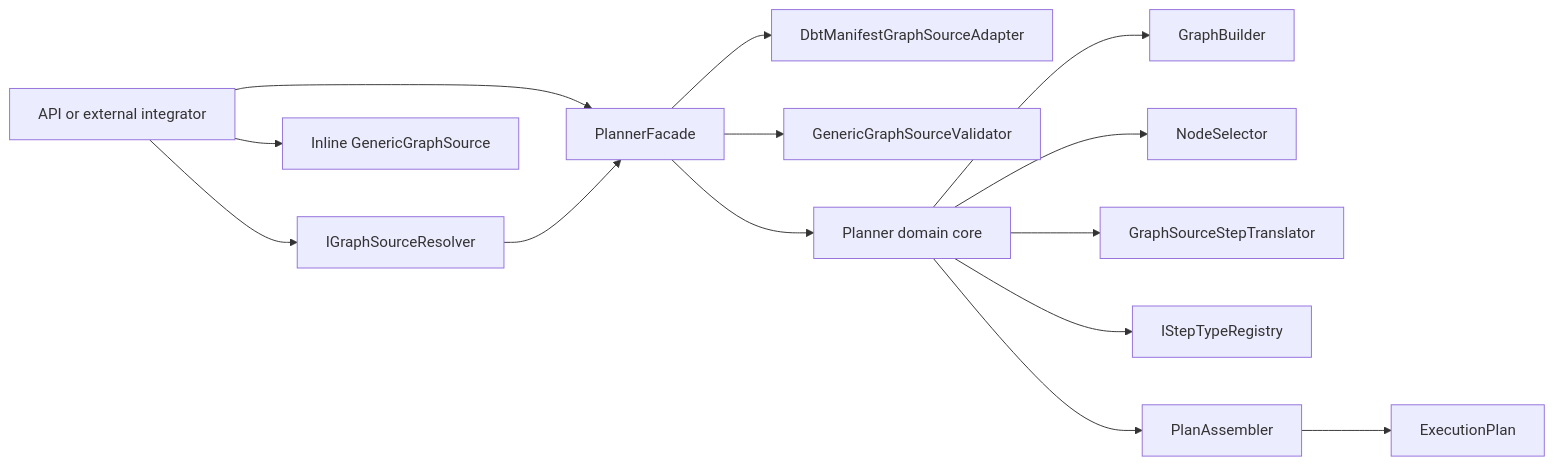
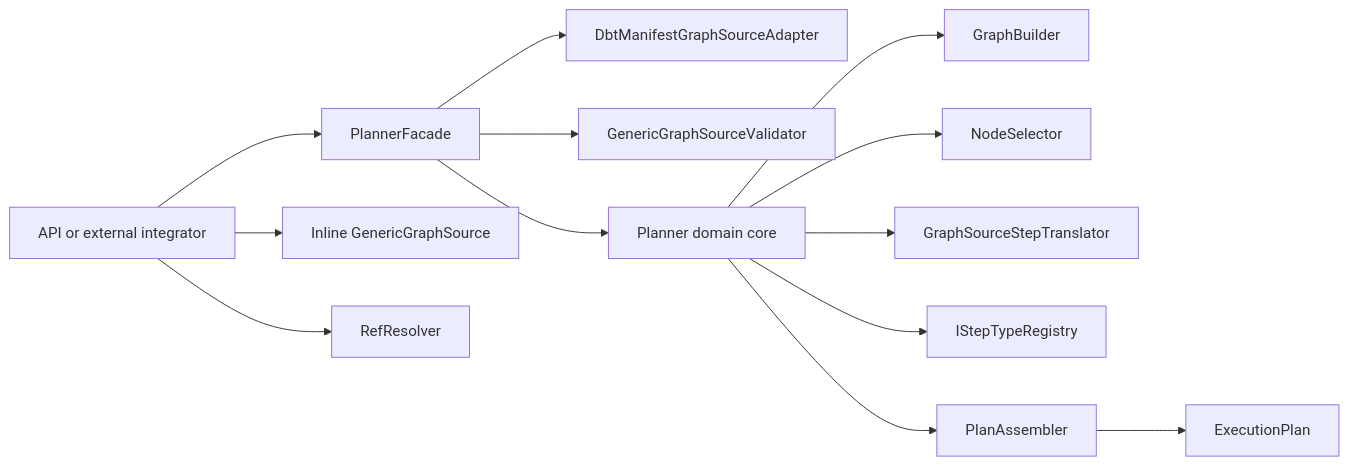
Before and after one commit to dunay2/dvt: the second of 5 diagrams in docs/guides/generic-graph-source-technical-manual-20260404.md, drawn with Mermaid. The commit also changed other lines of this file and 46 other files, not shown here.

Commit message:
refactor(planner): Hard-cut runtime ingress to canonical graphSource

````diff
--- a/docs/guides/generic-graph-source-technical-manual-20260404.md
+++ b/docs/guides/generic-graph-source-technical-manual-20260404.md
@@ -82,19 +80,18 @@
 ```mermaid
 flowchart LR
   Caller["API or external integrator"] --> Facade["PlannerFacade"]
-  RefResolver["IGraphSourceResolver"] --> Facade
   DbtAdapter["DbtManifestGraphSourceAdapter"]
   DirectSource["Inline GenericGraphSource"]
   Facade --> Validator["GenericGraphSourceValidator"]
   Facade --> DbtAdapter
   Facade --> Planner["Planner domain core"]
   Planner --> Builder["GraphBuilder"]
   Planner --> Selector["NodeSelector"]
   Planner --> Translator["GraphSourceStepTranslator"]
   Planner --> Registry["IStepTypeRegistry"]
   Planner --> Assembler["PlanAssembler"]
   Assembler --> Plan["ExecutionPlan"]
 
   Caller --> DirectSource
   Caller --> RefResolver
 ```
````
